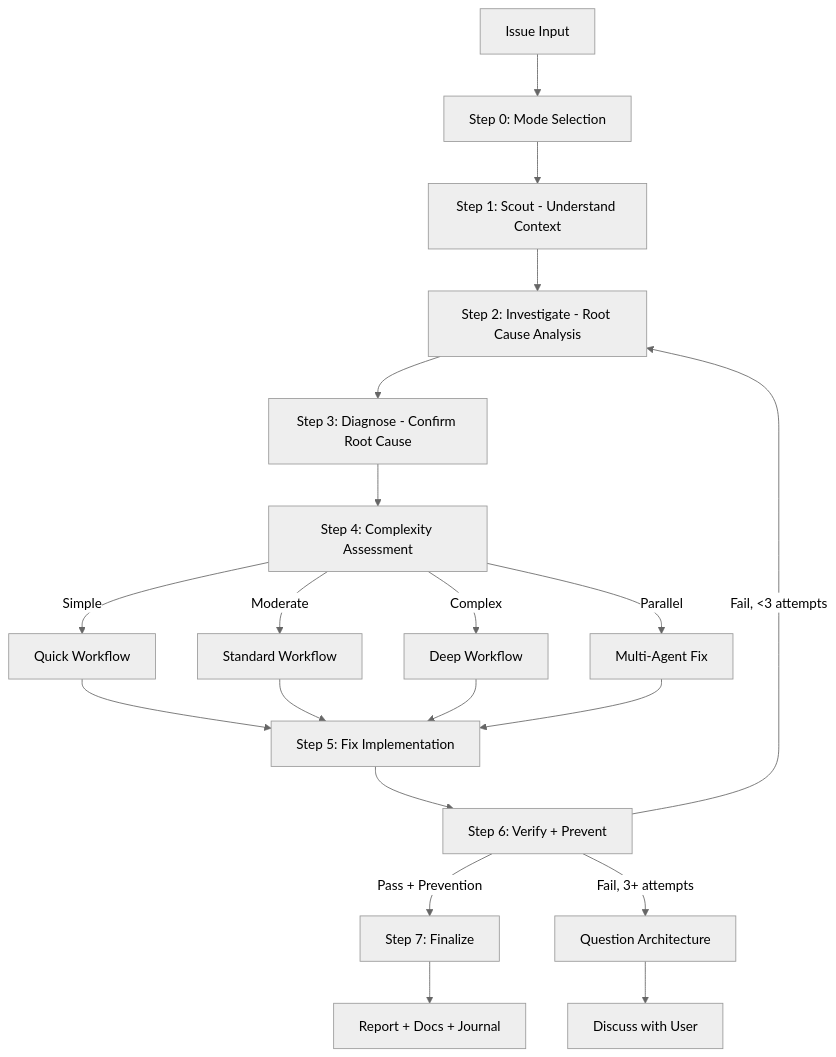
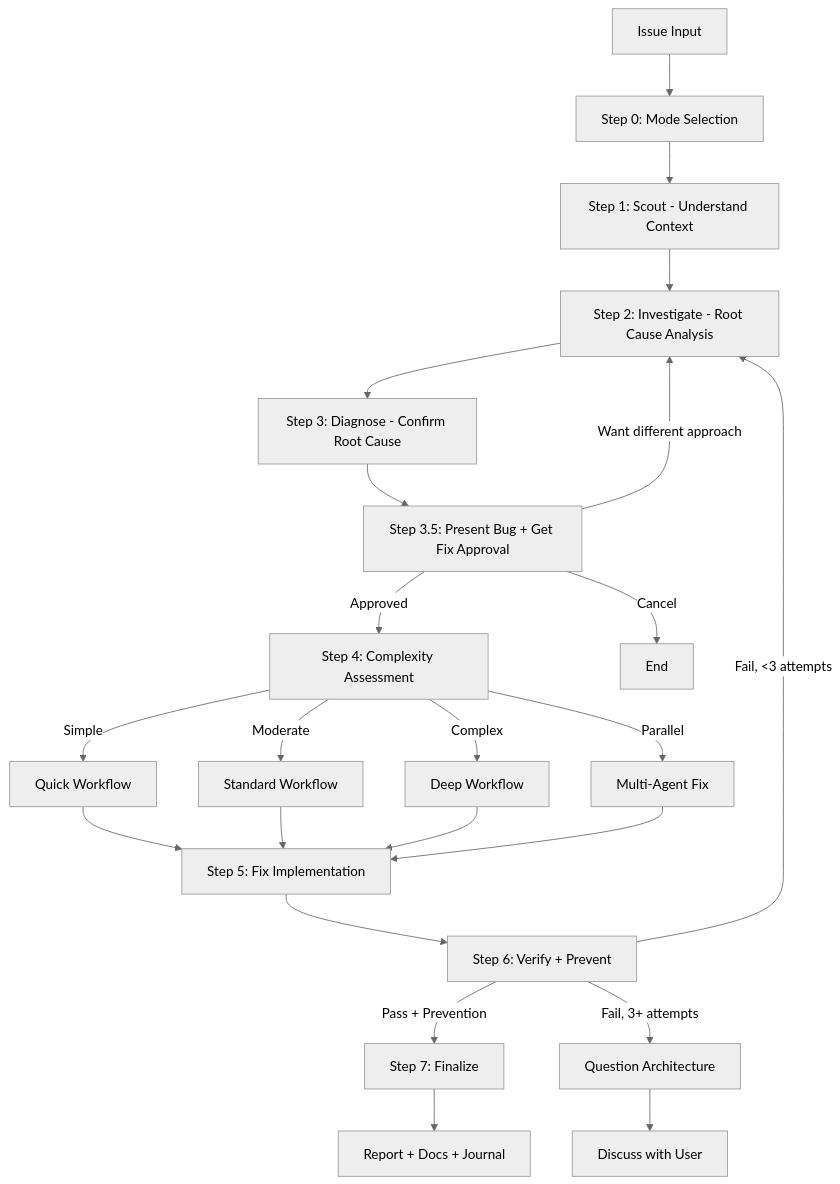
One commit to Tungbillee/claude-super-kit changed the diagram in skills/sk-debug-fix/SKILL.md. Above: the diagram before and after it, drawn with Mermaid (neutral theme). The commit also changed other lines of this file, not shown here.

First line of the commit message:
feat(sk-debug-fix): add Step 3.5 - Bug Report + Fix Approach Approval

````diff
--- a/skills/sk-debug-fix/SKILL.md
+++ b/skills/sk-debug-fix/SKILL.md
@@ -58,22 +58,25 @@
 ```mermaid
 flowchart TD
     A[Issue Input] --> B[Step 0: Mode Selection]
     B --> C[Step 1: Scout - Understand Context]
     C --> D[Step 2: Investigate - Root Cause Analysis]
     D --> E[Step 3: Diagnose - Confirm Root Cause]
-    E --> F[Step 4: Complexity Assessment]
-    F -->|Simple| G[Quick Workflow]
-    F -->|Moderate| H[Standard Workflow]
-    F -->|Complex| I[Deep Workflow]
-    F -->|Parallel| J[Multi-Agent Fix]
-    G --> K[Step 5: Fix Implementation]
-    H --> K
-    I --> K
-    J --> K
-    K --> L[Step 6: Verify + Prevent]
-    L -->|Pass + Prevention| M[Step 7: Finalize]
-    L -->|Fail, <3 attempts| D
-    L -->|Fail, 3+ attempts| N[Question Architecture]
-    N --> O[Discuss with User]
-    M --> P[Report + Docs + Journal]
+    E --> F[Step 3.5: Present Bug + Get Fix Approval]
+    F -->|Approved| G[Step 4: Complexity Assessment]
+    F -->|Want different approach| D
+    F -->|Cancel| Z[End]
+    G -->|Simple| H[Quick Workflow]
+    G -->|Moderate| I[Standard Workflow]
+    G -->|Complex| J[Deep Workflow]
+    G -->|Parallel| K[Multi-Agent Fix]
+    H --> L[Step 5: Fix Implementation]
+    I --> L
+    J --> L
+    K --> L
+    L --> M[Step 6: Verify + Prevent]
+    M -->|Pass + Prevention| N[Step 7: Finalize]
+    M -->|Fail, <3 attempts| D
+    M -->|Fail, 3+ attempts| O[Question Architecture]
+    O --> P[Discuss with User]
+    N --> Q[Report + Docs + Journal]
 ```
````
